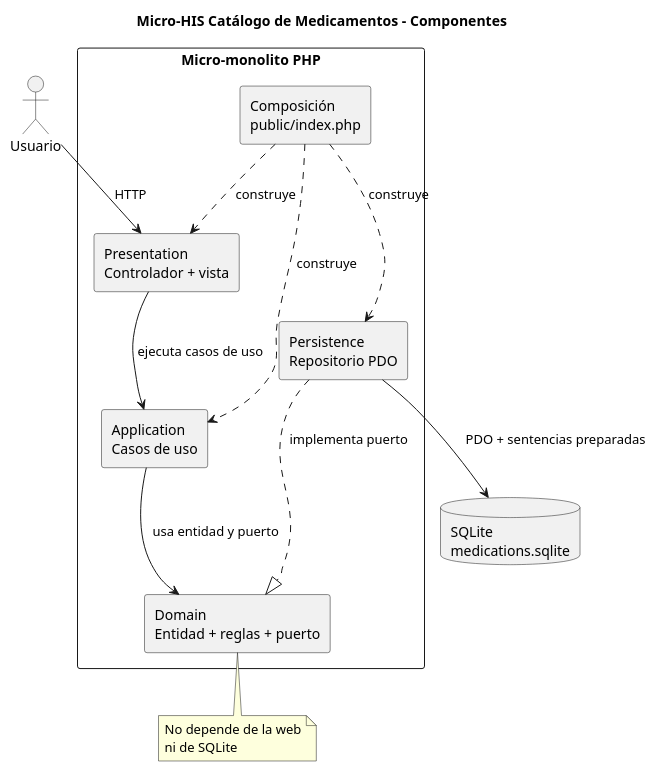
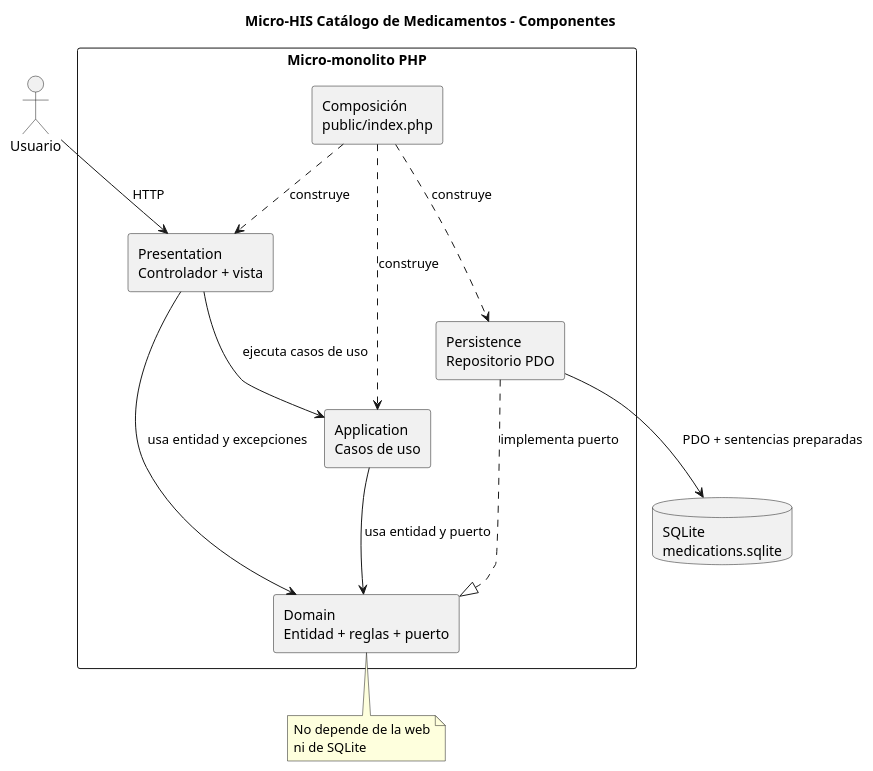
The diagram in Semana-03-Micro-Monolito/docs/diagrama-componentes.puml (Yamilet1235/ASII-Tareas-Yamilet1235), drawn with PlantUML before and after one commit. The commit also changed 2 other files, not shown here.

```diff
--- a/Semana-03-Micro-Monolito/docs/diagrama-componentes.puml
+++ b/Semana-03-Micro-Monolito/docs/diagrama-componentes.puml
@@ -1,33 +1,34 @@
 @startuml
 title Micro-HIS Catálogo de Medicamentos - Componentes
 
 skinparam componentStyle rectangle
 skinparam shadowing false
 skinparam packageStyle rectangle
 
 actor Usuario
 
 package "Micro-monolito PHP" {
   component "Presentation\nControlador + vista" as Presentation
   component "Application\nCasos de uso" as Application
   component "Domain\nEntidad + reglas + puerto" as Domain
   component "Persistence\nRepositorio PDO" as Persistence
   component "Composición\npublic/index.php" as Bootstrap
 }
 
 database "SQLite\nmedications.sqlite" as SQLite
 
 Usuario --> Presentation : HTTP
 Bootstrap ..> Presentation : construye
 Bootstrap ..> Application : construye
 Bootstrap ..> Persistence : construye
 Presentation --> Application : ejecuta casos de uso
+Presentation --> Domain : usa entidad y excepciones
 Application --> Domain : usa entidad y puerto
 Persistence ..|> Domain : implementa puerto
 Persistence --> SQLite : PDO + sentencias preparadas
 
 note bottom of Domain
   No depende de la web
   ni de SQLite
 end note
 @enduml
```
